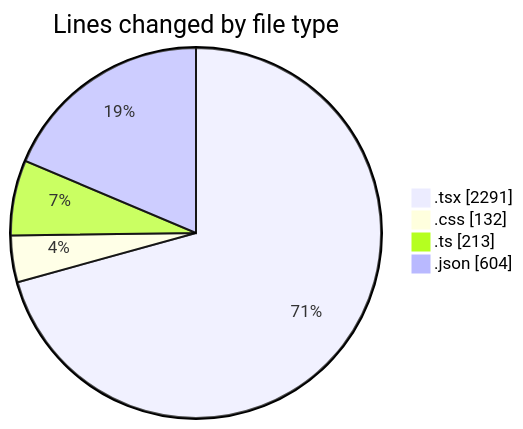
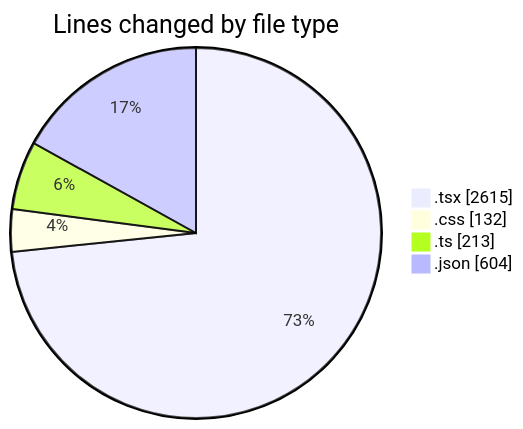
The first of 2 diagrams in 2025-05-06/niten/README.md (Elitesun/code-tracking), drawn with Mermaid before and after one commit. The commit also changed other lines of this file and 1 other file, not shown here.

````diff
--- a/2025-05-06/niten/README.md
+++ b/2025-05-06/niten/README.md
@@ -54,8 +55,8 @@
 ```mermaid
 pie showData
 title Lines changed by file type
-".tsx" : 2291
+".tsx" : 2615
 ".css" : 132
 ".ts" : 213
 ".json" : 604
 ```
````
